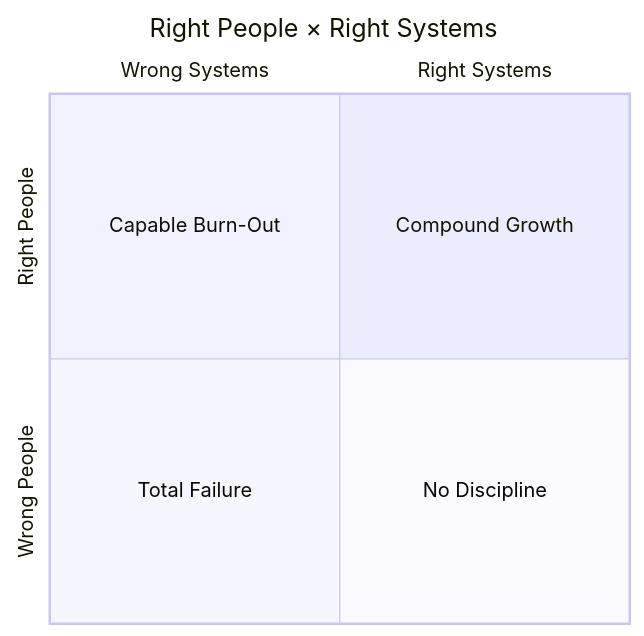
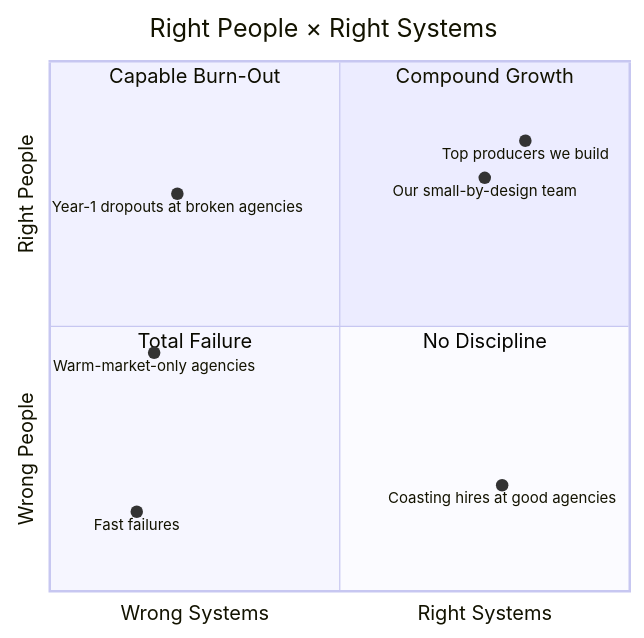
Before and after one commit to leotansingapore/aia-product-compass-hub: the third of 3 diagrams in docs/first-14-days/week-2/day-08.md, drawn with Mermaid. The commit also changed other lines of this file and 13 other files, not shown here.

Commit message:
First 14 Days now reads in Leo's natural voice across all 14 days, with upgraded Day 8 TSS and 6-Tier Pyramid diagrams and a more natural warm-market script on Day 10

````diff
--- a/docs/first-14-days/week-2/day-08.md
+++ b/docs/first-14-days/week-2/day-08.md
@@ -166,10 +191,16 @@
 ```mermaid
 quadrantChart
     title Right People × Right Systems
     x-axis Wrong Systems --> Right Systems
     y-axis Wrong People --> Right People
     quadrant-1 Compound Growth
     quadrant-2 Capable Burn-Out
     quadrant-3 Total Failure
     quadrant-4 No Discipline
+    Top producers we build: [0.82, 0.85]
+    Our small-by-design team: [0.75, 0.78]
+    Year-1 dropouts at broken agencies: [0.22, 0.75]
+    Warm-market-only agencies: [0.18, 0.45]
+    Fast failures: [0.15, 0.15]
+    Coasting hires at good agencies: [0.78, 0.2]
 ```
````
